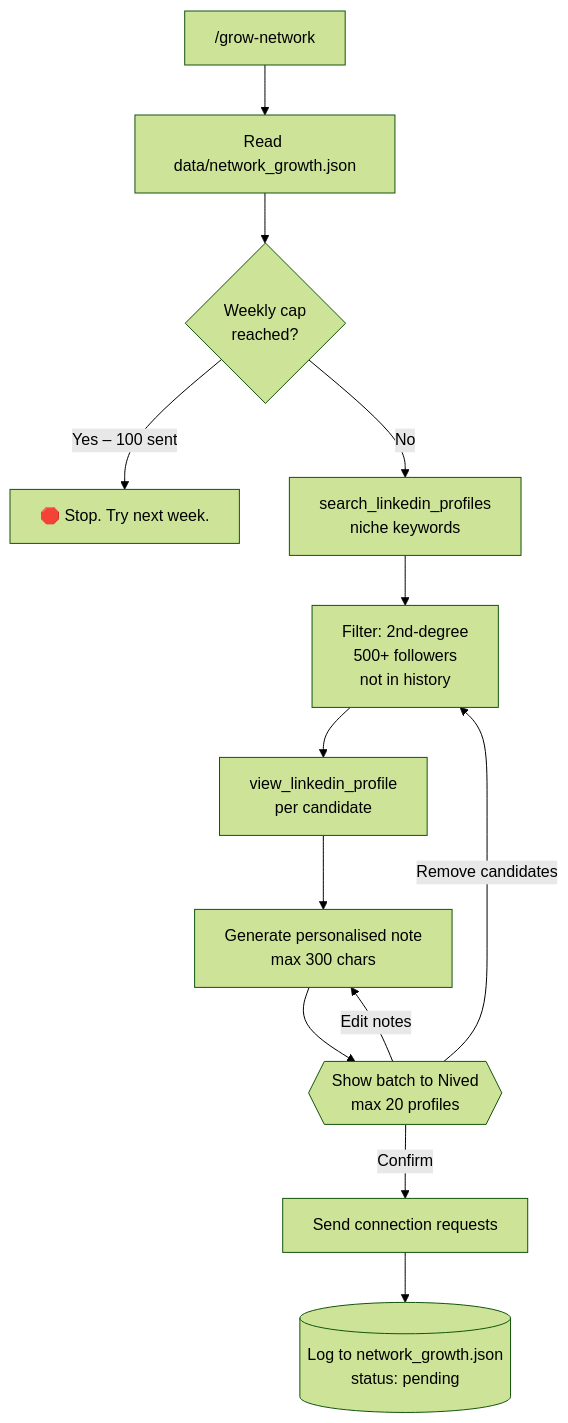
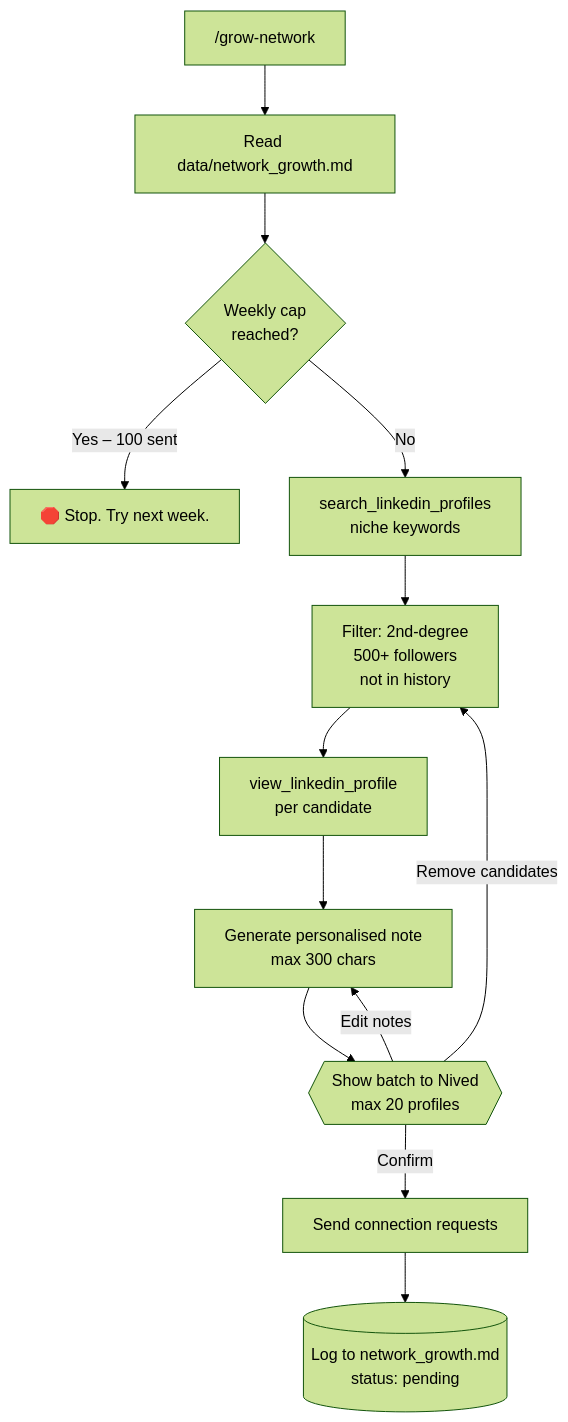
Before and after one commit to nived15/linkedin-helper: the fifth of 6 diagrams in README.md, drawn with Mermaid (forest theme). The commit also changed other lines of this file and 7 other files, not shown here.

First line of the commit message:
fix: update data file references from .json to .md and add missing MCP tools

````diff
--- a/README.md
+++ b/README.md
@@ -111,15 +111,15 @@
 ```mermaid
 flowchart TD
-    A["/grow-network"] --> B[Read data/network_growth.json]
+    A["/grow-network"] --> B[Read data/network_growth.md]
     B --> C{Weekly cap\nreached?}
     C -->|Yes – 100 sent| D[🛑 Stop. Try next week.]
     C -->|No| E[search_linkedin_profiles\nniche keywords]
     E --> F[Filter: 2nd-degree\n500+ followers\nnot in history]
     F --> G[view_linkedin_profile\nper candidate]
     G --> H[Generate personalised note\nmax 300 chars]
     H --> I{{Show batch to Nived\nmax 20 profiles}}
     I -->|Confirm| J[Send connection requests]
     I -->|Edit notes| H
     I -->|Remove candidates| F
-    J --> K[(Log to network_growth.json\nstatus: pending)]
+    J --> K[(Log to network_growth.md\nstatus: pending)]
 ```
````
